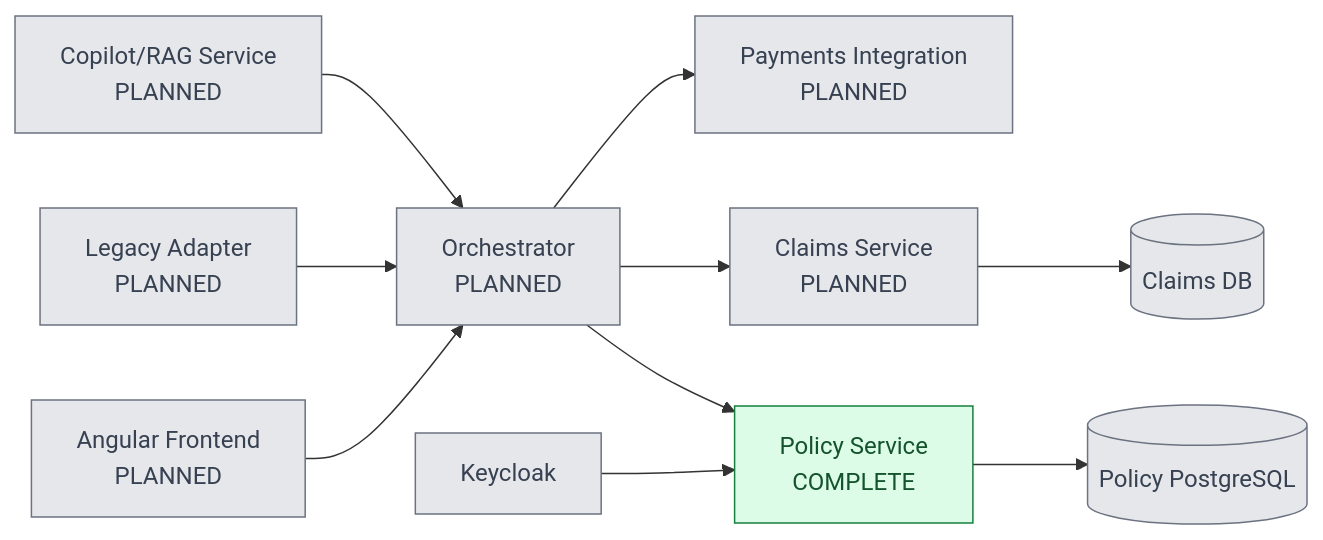
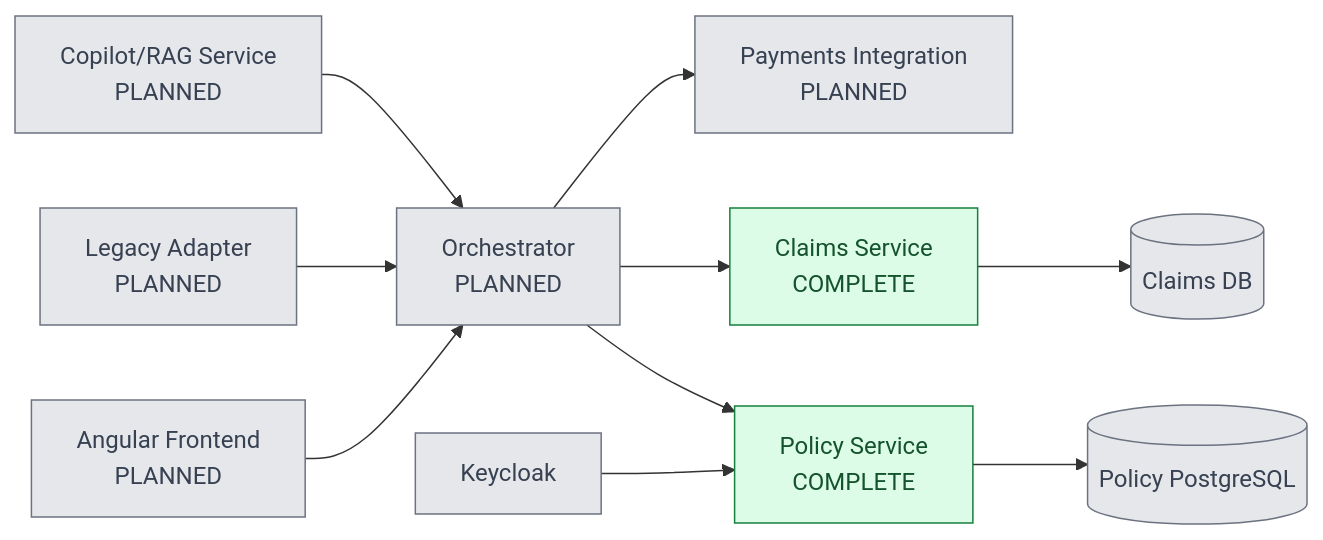
One commit to Charan-Hari/insurance-claims-orchestration-platform changed the diagram in README.md. Above: the diagram before and after it, drawn with Mermaid. The commit also changed other lines of this file, not shown here.

Commit message:
docs(readme): update status - Claims Service complete with live cross-service proof

````diff
--- a/README.md
+++ b/README.md
@@ -27,17 +30,18 @@
 ```mermaid
 flowchart LR
 		UI["Angular Frontend\nPLANNED"] --> ORCH["Orchestrator\nPLANNED"]
 		ORCH --> POLICY["Policy Service\nCOMPLETE"]
-		ORCH --> CLAIMS["Claims Service\nPLANNED"]
+		ORCH --> CLAIMS["Claims Service\nCOMPLETE"]
 		ORCH --> PAYMENTS["Payments Integration\nPLANNED"]
 		LEGACY["Legacy Adapter\nPLANNED"] --> ORCH
 		COPILOT["Copilot/RAG Service\nPLANNED"] --> ORCH
 		KEYCLOAK["Keycloak"] --> POLICY
 		POLICY --> POLICYDB[(Policy PostgreSQL)]
 		CLAIMS --> CLAIMSDB[(Claims DB)]
 
 		classDef complete fill:#dcfce7,stroke:#15803d,color:#14532d
 		classDef planned fill:#e5e7eb,stroke:#6b7280,color:#374151
 		class POLICY complete
-		class UI,ORCH,CLAIMS,PAYMENTS,LEGACY,COPILOT,KEYCLOAK,POLICYDB,CLAIMSDB planned
+		class CLAIMS complete
+		class UI,ORCH,PAYMENTS,LEGACY,COPILOT,KEYCLOAK,POLICYDB,CLAIMSDB planned
 ```
````
